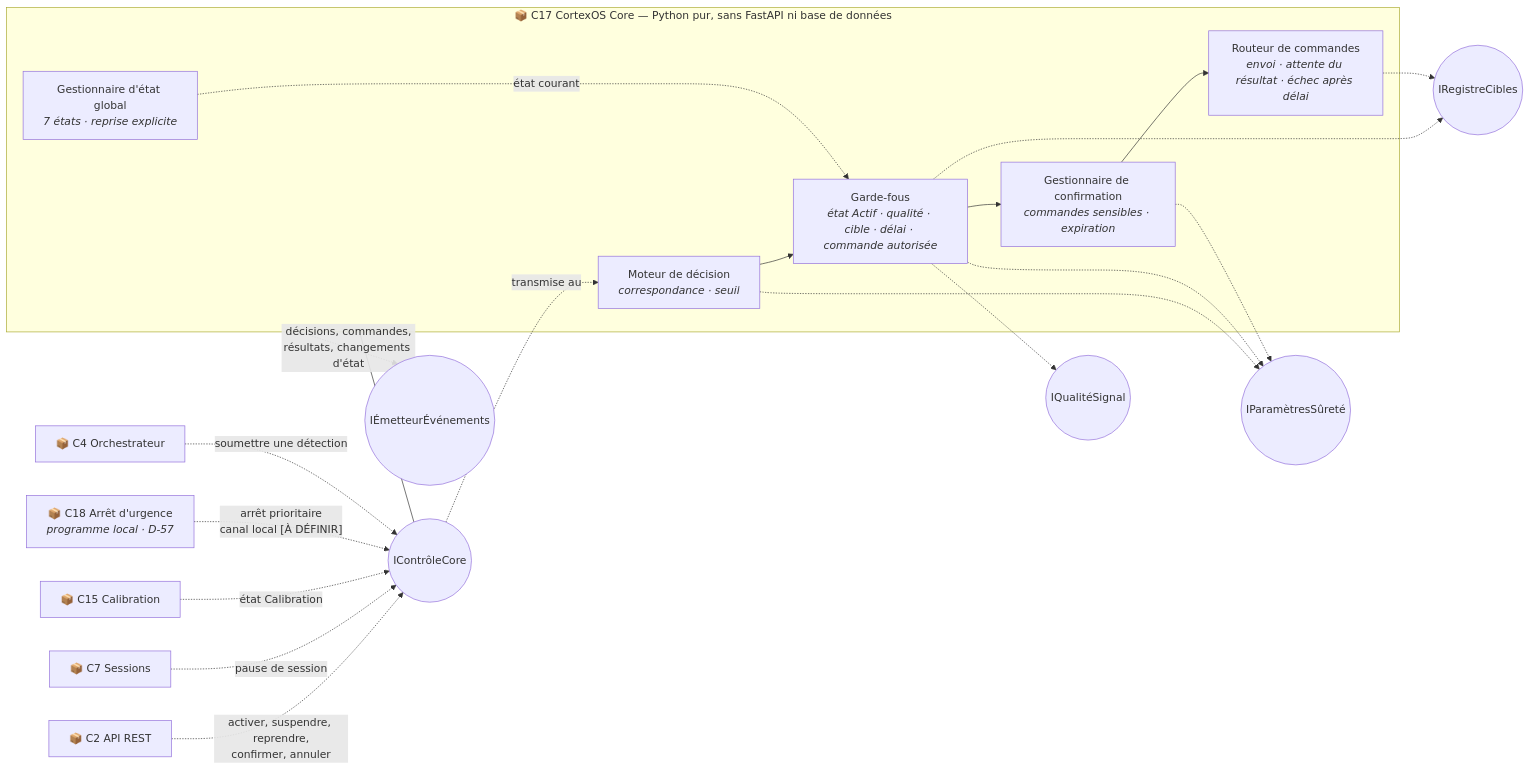
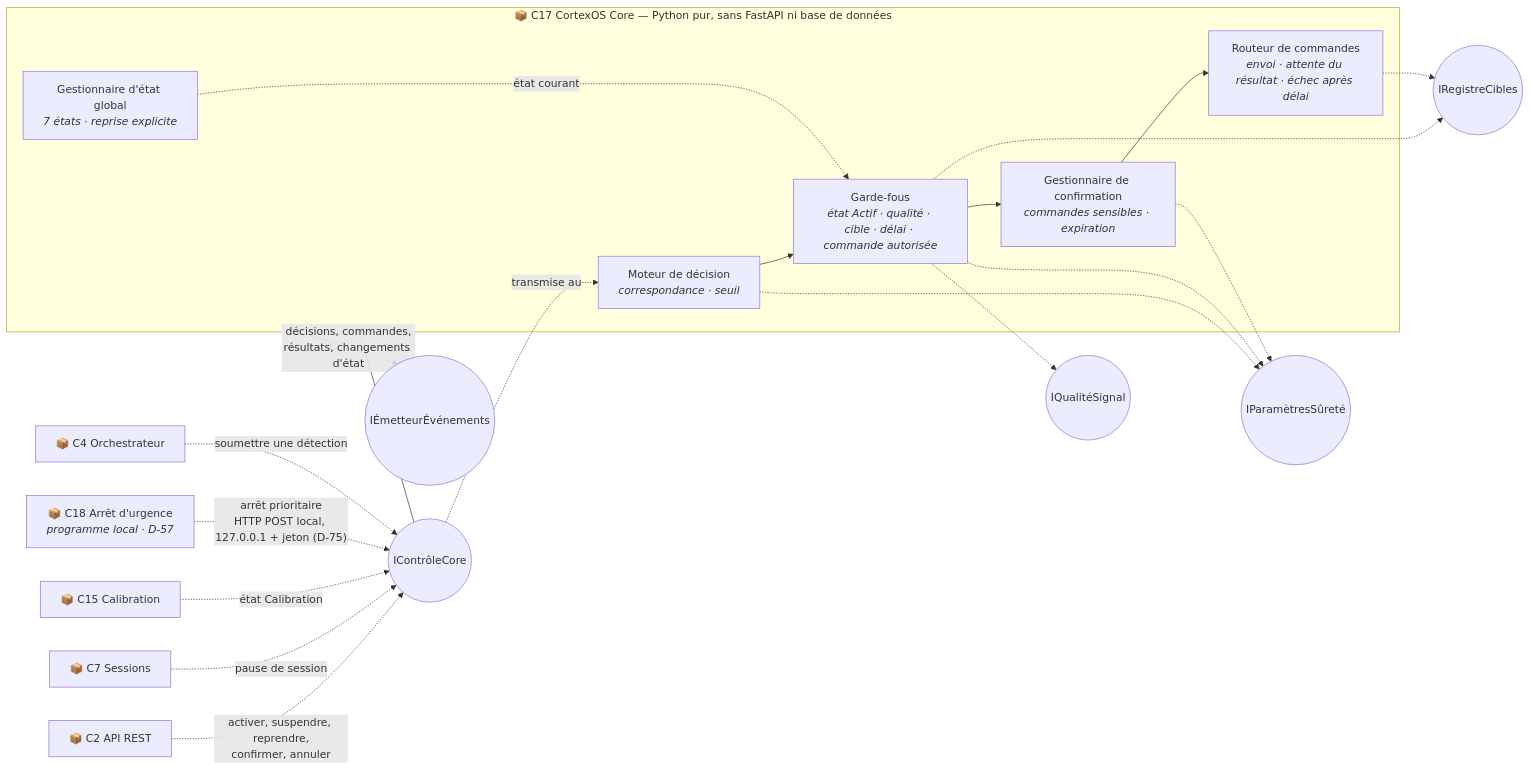
The fourth of 5 diagrams in docs/diagrammes/diag-04-composants.md (eloge9/CortexOS-IA), drawn with Mermaid before and after one commit. The commit also changed other lines of this file and 17 other files, not shown here.

````diff
--- a/docs/diagrammes/diag-04-composants.md
+++ b/docs/diagrammes/diag-04-composants.md
@@ -297,40 +297,40 @@
 ```mermaid
 flowchart LR
     C4["📦 C4 Orchestrateur"]
     C2["📦 C2 API REST"]
     C7["📦 C7 Sessions"]
     C15["📦 C15 Calibration"]
     C18["📦 C18 Arrêt d'urgence<br/><i>programme local · D-57</i>"]
 
     subgraph CORE["📦 C17 CortexOS Core — Python pur, sans FastAPI ni base de données"]
         ETAT["Gestionnaire d'état global<br/><i>7 états · reprise explicite</i>"]
         DEC["Moteur de décision<br/><i>correspondance · seuil</i>"]
         GF["Garde-fous<br/><i>état Actif · qualité · cible · délai · commande autorisée</i>"]
         CONF["Gestionnaire de confirmation<br/><i>commandes sensibles · expiration</i>"]
         ROUT["Routeur de commandes<br/><i>envoi · attente du résultat · échec après délai</i>"]
         DEC --> GF --> CONF --> ROUT
         ETAT -. "état courant" .-> GF
     end
     I_CORE(("IContrôleCore"))
 
     I_QUA(("IQualitéSignal"))
     I_PAR(("IParamètresSûreté"))
     I_REG(("IRegistreCibles"))
     I_EMI(("IÉmetteurÉvénements"))
 
     CORE --- I_CORE
     C2 -. "activer, suspendre, reprendre,<br/>confirmer, annuler" .-> I_CORE
     C7 -. "pause de session" .-> I_CORE
     C15 -. "état Calibration" .-> I_CORE
-    C18 -. "arrêt prioritaire<br/>canal local [À DÉFINIR]" .-> I_CORE
+    C18 -. "arrêt prioritaire<br/>HTTP POST local, 127.0.0.1 + jeton (D-75)" .-> I_CORE
     C4 -. "soumettre une détection" .-> I_CORE
     I_CORE -. "transmise au" .-> DEC
 
     GF -.-> I_QUA
     DEC -.-> I_PAR
     GF -.-> I_PAR
     CONF -.-> I_PAR
     GF -.-> I_REG
     ROUT -.-> I_REG
     CORE -. "décisions, commandes,<br/>résultats, changements d'état" .-> I_EMI
 ```
````
